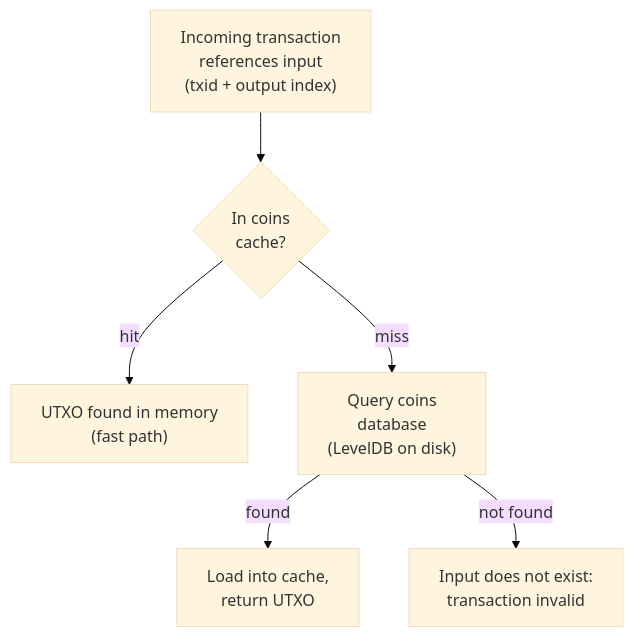
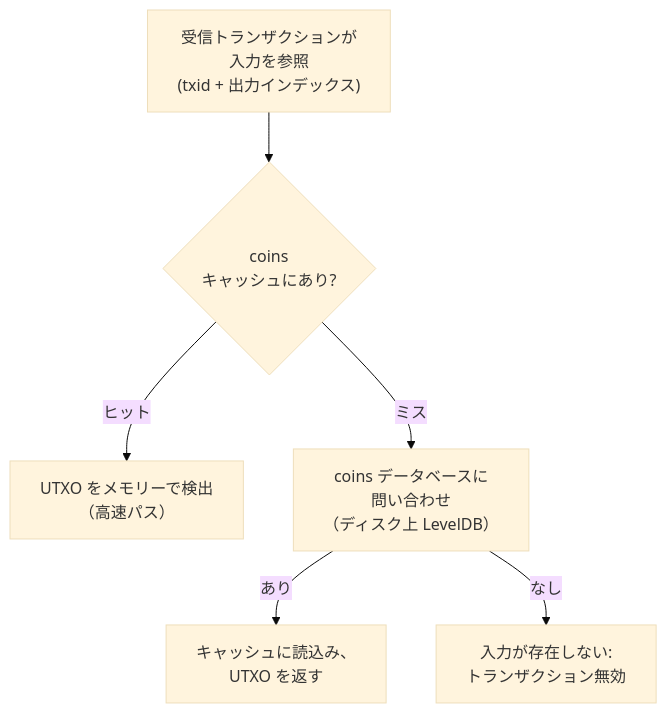
Before and after one commit to cypher256/BitcoinArchive: the third of 7 diagrams in src/data/translations/ja/design/2009-01-03-bitcoin-storage-design.md, drawn with Mermaid (base theme). The commit also changed other lines of this file and 11 other files, not shown here.

````diff
--- a/src/data/translations/ja/design/2009-01-03-bitcoin-storage-design.md
+++ b/src/data/translations/ja/design/2009-01-03-bitcoin-storage-design.md
@@ -141,8 +141,8 @@
 ```mermaid
 flowchart TD
-    TX["Incoming transaction<br/>references input<br/>(txid + output index)"] --> CACHE{"In coins<br/>cache?"}
-    CACHE -- "hit" --> FOUND["UTXO found in memory<br/>(fast path)"]
-    CACHE -- "miss" --> DB["Query coins<br/>database<br/>(LevelDB on disk)"]
-    DB -- "found" --> LOAD["Load into cache,<br/>return UTXO"]
-    DB -- "not found" --> REJECT["Input does not exist:<br/>transaction invalid"]
+    TX["受信トランザクションが<br/>入力を参照<br/>(txid + 出力インデックス)"] --> CACHE{"coins<br/>キャッシュにあり?"}
+    CACHE -- "ヒット" --> FOUND["UTXO をメモリーで検出<br/>（高速パス）"]
+    CACHE -- "ミス" --> DB["coins データベースに<br/>問い合わせ<br/>（ディスク上 LevelDB）"]
+    DB -- "あり" --> LOAD["キャッシュに読込み、<br/>UTXO を返す"]
+    DB -- "なし" --> REJECT["入力が存在しない:<br/>トランザクション無効"]
 ```
````
